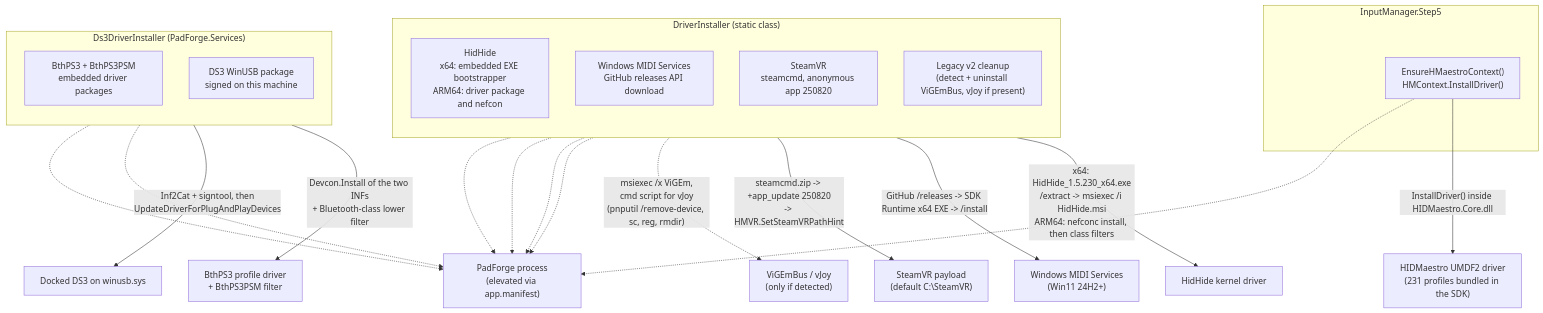
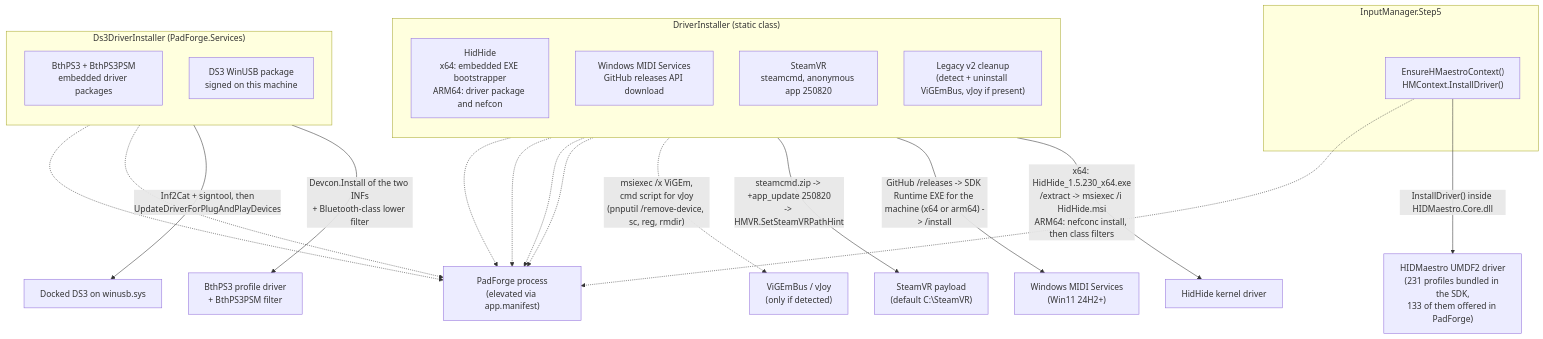
The first of 3 diagrams in wiki/reference/driver-installation-internals.md (hifihedgehog/padforge.org), drawn with Mermaid before and after one commit. The commit also changed other lines of this file and 168 other files, not shown here.

First line of the commit message:
Verify the docs against PadForge 4.5.3

````diff
--- a/wiki/reference/driver-installation-internals.md
+++ b/wiki/reference/driver-installation-internals.md
@@ -43,36 +43,36 @@
 ```mermaid
 graph TD
     subgraph Engine["InputManager.Step5"]
         HM["EnsureHMaestroContext()<br/>HMContext.InstallDriver()"]
     end
 
     subgraph DriverInstaller["DriverInstaller (static class)"]
         direction TB
         HH["HidHide<br/>x64: embedded EXE bootstrapper<br/>ARM64: driver package and nefcon"]
         MS["Windows MIDI Services<br/>GitHub releases API download"]
         SV["SteamVR<br/>steamcmd, anonymous app 250820"]
         LC["Legacy v2 cleanup<br/>(detect + uninstall ViGEmBus, vJoy if present)"]
     end
 
     subgraph Ds3["Ds3DriverInstaller (PadForge.Services)"]
         direction TB
         BT["BthPS3 + BthPS3PSM<br/>embedded driver packages"]
         WU["DS3 WinUSB package<br/>signed on this machine"]
     end
 
-    HM -->|"InstallDriver() inside HIDMaestro.Core.dll"| HM_DRV["HIDMaestro UMDF2 driver<br/>(231 profiles bundled in the SDK)"]
+    HM -->|"InstallDriver() inside HIDMaestro.Core.dll"| HM_DRV["HIDMaestro UMDF2 driver<br/>(231 profiles bundled in the SDK,<br/>133 of them offered in PadForge)"]
     HH -->|"x64: HidHide_1.5.230_x64.exe<br/>/extract -> msiexec /i HidHide.msi<br/>ARM64: nefconc install, then class filters"| HH_DRV["HidHide kernel driver"]
-    MS -->|"GitHub /releases -> SDK Runtime x64 EXE -> /install"| MS_SVC["Windows MIDI Services<br/>(Win11 24H2+)"]
+    MS -->|"GitHub /releases -> SDK Runtime EXE for the machine (x64 or arm64) -> /install"| MS_SVC["Windows MIDI Services<br/>(Win11 24H2+)"]
     SV -->|"steamcmd.zip -> +app_update 250820<br/>-> HMVR.SetSteamVRPathHint"| SV_DIR["SteamVR payload<br/>(default C:\SteamVR)"]
     BT -->|"Devcon.Install of the two INFs<br/>+ Bluetooth-class lower filter"| BT_DRV["BthPS3 profile driver<br/>+ BthPS3PSM filter"]
     WU -->|"Inf2Cat + signtool, then<br/>UpdateDriverForPlugAndPlayDevices"| WU_DEV["Docked DS3 on winusb.sys"]
     LC -.->|"msiexec /x ViGEm,<br/>cmd script for vJoy<br/>(pnputil /remove-device, sc, reg, rmdir)"| OLD["ViGEmBus / vJoy<br/>(only if detected)"]
 
     HM -.-> ELEV["PadForge process<br/>(elevated via app.manifest)"]
     HH -.-> ELEV
     MS -.-> ELEV
     SV -.-> ELEV
     BT -.-> ELEV
     WU -.-> ELEV
     LC -.-> ELEV
 ```
````
